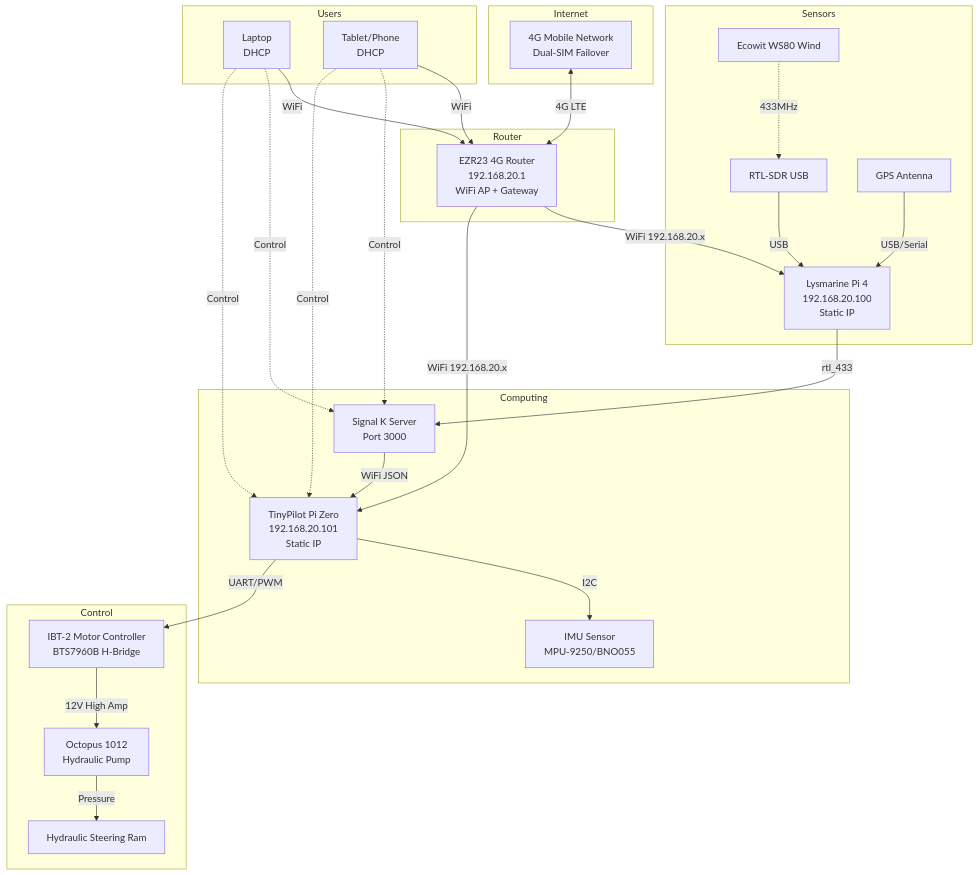
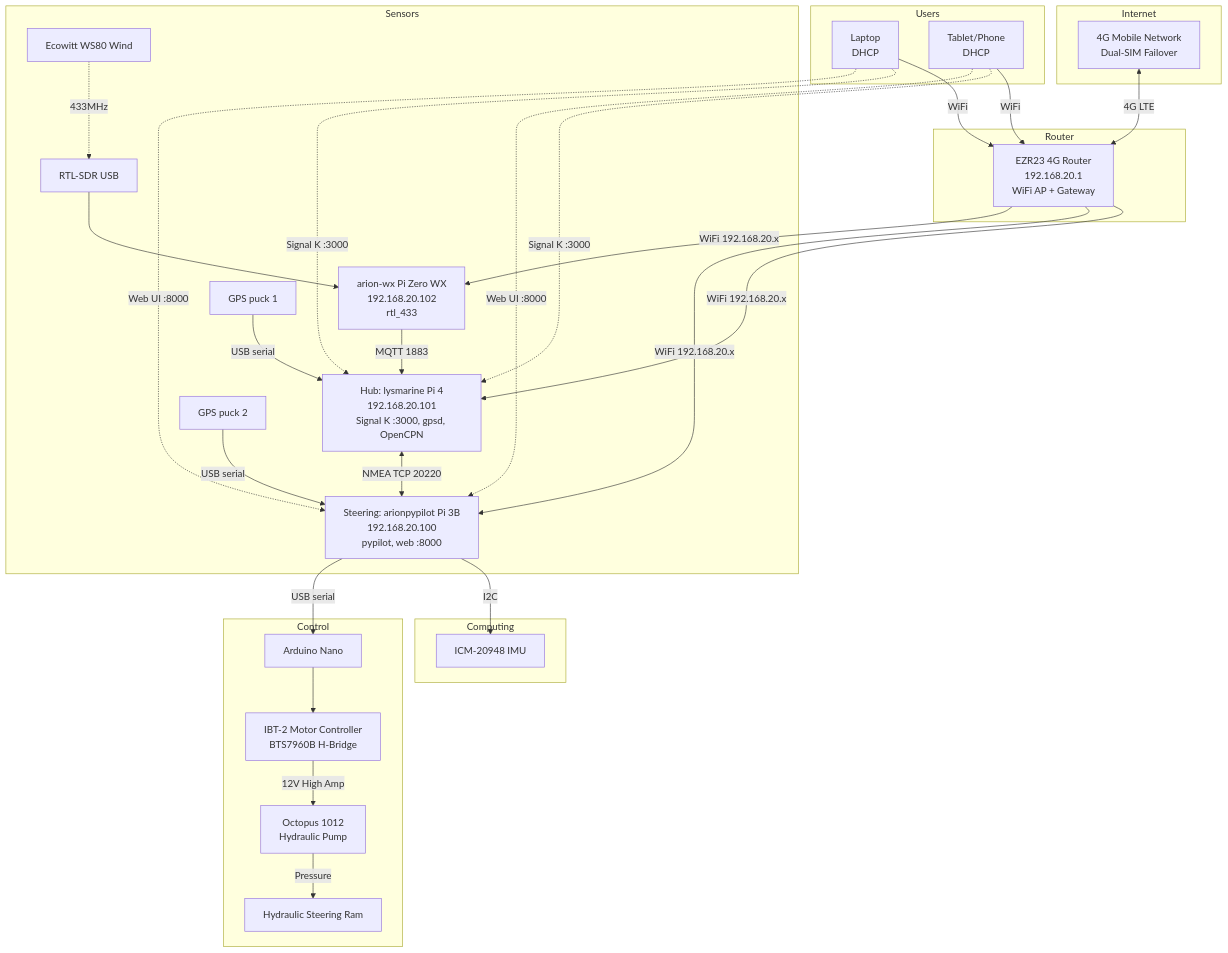
The diagram in docs/network_map.md (botheredbybees/pypilot4arion), drawn with Mermaid before and after one commit. The commit also changed other lines of this file and 17 other files, not shown here.

````diff
--- a/docs/network_map.md
+++ b/docs/network_map.md
@@ -70,42 +76,45 @@
 ```mermaid
 graph TD
     subgraph Internet
         Mobile[4G Mobile Network<br/>Dual-SIM Failover]
     end
     
     subgraph Router
         EZR23[EZR23 4G Router<br/>192.168.20.1<br/>WiFi AP + Gateway]
     end
     
     subgraph Sensors
-        WS80[Ecowit WS80 Wind] -.->|433MHz| RTL[RTL-SDR USB]
-        GPS[GPS Antenna] -->|USB/Serial| Lysmarine
+        WS80[Ecowitt WS80 Wind] -.->|433MHz| RTL[RTL-SDR USB]
+        RTL --> WX[arion-wx Pi Zero WX<br/>192.168.20.102<br/>rtl_433]
+        GPS1[GPS puck 1] -->|USB serial| Hub
+        GPS2[GPS puck 2] -->|USB serial| Steer
     end
-    
+
     subgraph Computing
-        RTL -->|USB| Lysmarine[Lysmarine Pi 4<br/>192.168.20.100<br/>Static IP]
-        Lysmarine -->|rtl_433| SK[Signal K Server<br/>Port 3000]
-        SK -->|WiFi JSON| TP[TinyPilot Pi Zero<br/>192.168.20.101<br/>Static IP]
-        TP -->|I2C| IMU[IMU Sensor<br/>MPU-9250/BNO055]
+        WX -->|MQTT 1883| Hub[Hub: lysmarine Pi 4<br/>192.168.20.101<br/>Signal K :3000, gpsd, OpenCPN]
+        Hub <-->|NMEA TCP 20220| Steer[Steering: arionpypilot Pi 3B<br/>192.168.20.100<br/>pypilot, web :8000]
+        Steer -->|I2C| IMU[ICM-20948 IMU]
     end
-    
+
     subgraph Control
-        TP -->|UART/PWM| IBT2[IBT-2 Motor Controller<br/>BTS7960B H-Bridge]
+        Steer -->|USB serial| Nano[Arduino Nano]
+        Nano --> IBT2[IBT-2 Motor Controller<br/>BTS7960B H-Bridge]
         IBT2 -->|12V High Amp| Pump[Octopus 1012<br/>Hydraulic Pump]
         Pump -->|Pressure| Steering[Hydraulic Steering Ram]
     end
-    
+
     subgraph Users
         Laptop[Laptop<br/>DHCP] -->|WiFi| EZR23
         Tablet[Tablet/Phone<br/>DHCP] -->|WiFi| EZR23
     end
     
     Mobile <-->|4G LTE| EZR23
-    EZR23 -->|WiFi 192.168.20.x| Lysmarine
-    EZR23 -->|WiFi 192.168.20.x| TP
+    EZR23 -->|WiFi 192.168.20.x| Hub
+    EZR23 -->|WiFi 192.168.20.x| Steer
+    EZR23 -->|WiFi 192.168.20.x| WX
     
-    Laptop -.->|Control| SK
-    Tablet -.->|Control| SK
-    Laptop -.->|Control| TP
-    Tablet -.->|Control| TP
+    Laptop -.->|Signal K :3000| Hub
+    Tablet -.->|Signal K :3000| Hub
+    Laptop -.->|Web UI :8000| Steer
+    Tablet -.->|Web UI :8000| Steer
 ```
````
